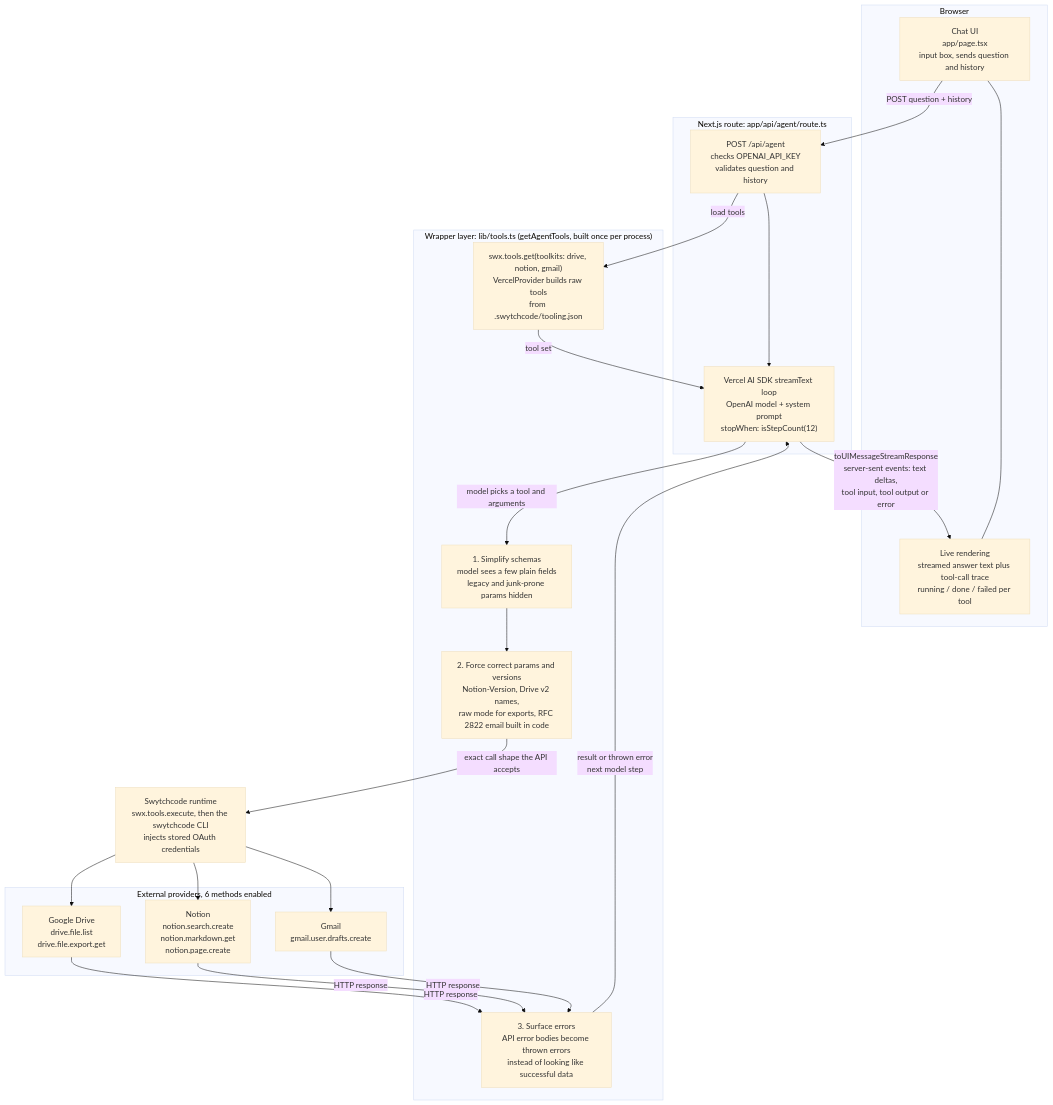
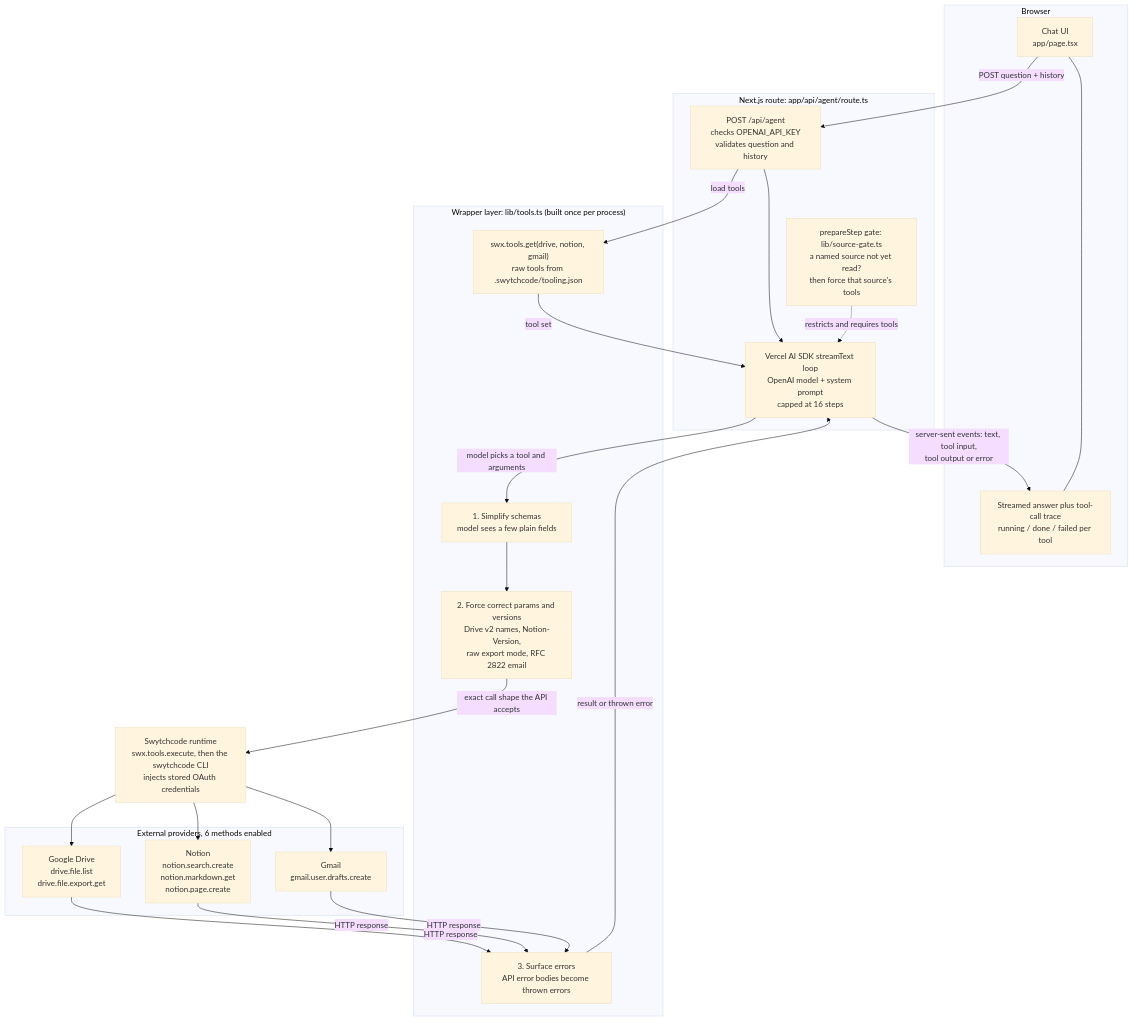
Before and after one commit to abhijitmanna912001/research-briefing-agent: the diagram in docs/architecture.md, drawn with Mermaid (base theme). The commit also changed other lines of this file and 1 other file, not shown here.

First line of the commit message:
Trim README to a one-minute skim and bring architecture doc up to date

````diff
--- a/docs/architecture.md
+++ b/docs/architecture.md
@@ -5,47 +5,49 @@
 ```mermaid
 flowchart TD
     subgraph Browser["Browser"]
-        UI["Chat UI<br/>app/page.tsx<br/>input box, sends question and history"]
-        TRACE["Live rendering<br/>streamed answer text plus tool-call trace<br/>running / done / failed per tool"]
+        UI["Chat UI<br/>app/page.tsx"]
+        TRACE["Streamed answer plus tool-call trace<br/>running / done / failed per tool"]
     end
 
     subgraph Route["Next.js route: app/api/agent/route.ts"]
         POST["POST /api/agent<br/>checks OPENAI_API_KEY<br/>validates question and history"]
-        LOOP["Vercel AI SDK streamText loop<br/>OpenAI model + system prompt<br/>stopWhen: isStepCount(12)"]
+        LOOP["Vercel AI SDK streamText loop<br/>OpenAI model + system prompt<br/>capped at 16 steps"]
+        GATE["prepareStep gate: lib/source-gate.ts<br/>a named source not yet read?<br/>then force that source's tools"]
     end
 
-    subgraph Wrap["Wrapper layer: lib/tools.ts (getAgentTools, built once per process)"]
-        GET["swx.tools.get(toolkits: drive, notion, gmail)<br/>VercelProvider builds raw tools<br/>from .swytchcode/tooling.json"]
-        SCHEMA["1. Simplify schemas<br/>model sees a few plain fields<br/>legacy and junk-prone params hidden"]
-        PIN["2. Force correct params and versions<br/>Notion-Version, Drive v2 names,<br/>raw mode for exports, RFC 2822 email built in code"]
-        ERR["3. Surface errors<br/>API error bodies become thrown errors<br/>instead of looking like successful data"]
+    subgraph Wrap["Wrapper layer: lib/tools.ts (built once per process)"]
+        GET["swx.tools.get(drive, notion, gmail)<br/>raw tools from .swytchcode/tooling.json"]
+        SCHEMA["1. Simplify schemas<br/>model sees a few plain fields"]
+        PIN["2. Force correct params and versions<br/>Drive v2 names, Notion-Version,<br/>raw export mode, RFC 2822 email"]
+        ERR["3. Surface errors<br/>API error bodies become thrown errors"]
     end
 
     EXEC["Swytchcode runtime<br/>swx.tools.execute, then the swytchcode CLI<br/>injects stored OAuth credentials"]
 
     subgraph Providers["External providers, 6 methods enabled"]
         DRIVE["Google Drive<br/>drive.file.list<br/>drive.file.export.get"]
         NOTION["Notion<br/>notion.search.create<br/>notion.markdown.get<br/>notion.page.create"]
         GMAIL["Gmail<br/>gmail.user.drafts.create"]
     end
 
     UI -->|"POST question + history"| POST
     POST -->|"load tools"| GET
     GET -->|"tool set"| LOOP
     POST --> LOOP
+    GATE -.->|"restricts and requires tools"| LOOP
 
     LOOP -->|"model picks a tool and arguments"| SCHEMA
     SCHEMA --> PIN
     PIN -->|"exact call shape the API accepts"| EXEC
     EXEC --> DRIVE
     EXEC --> NOTION
     EXEC --> GMAIL
 
     DRIVE -->|"HTTP response"| ERR
     NOTION -->|"HTTP response"| ERR
     GMAIL -->|"HTTP response"| ERR
-    ERR -->|"result or thrown error<br/>next model step"| LOOP
+    ERR -->|"result or thrown error"| LOOP
 
-    LOOP -->|"toUIMessageStreamResponse<br/>server-sent events: text deltas,<br/>tool input, tool output or error"| TRACE
+    LOOP -->|"server-sent events: text, tool input,<br/>tool output or error"| TRACE
     TRACE --- UI
 ```
````
